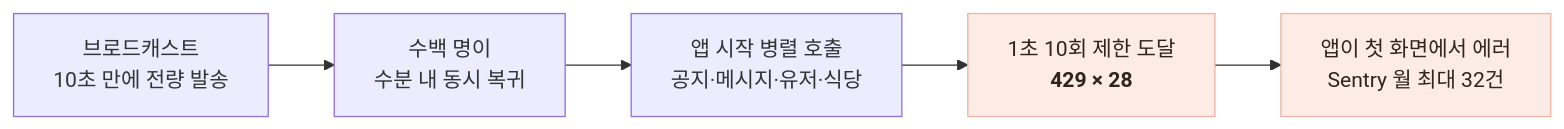
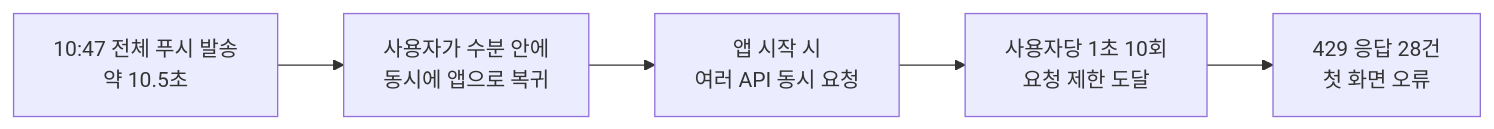
The diagram in public/mds/katsu-map/ts-1-push429.md (Jinacker/PortFolio), drawn with Mermaid before and after one commit. The commit also changed other lines of this file and 8 other files, not shown here.

````diff
--- a/public/mds/katsu-map/ts-1-push429.md
+++ b/public/mds/katsu-map/ts-1-push429.md
@@ -22,10 +20,7 @@
 ```mermaid
 flowchart LR
-    P["브로드캐스트<br/>10초 만에 전량 발송"] --> U["수백 명이<br/>수분 내 동시 복귀"]
-    U --> B["앱 시작 병렬 호출<br/>공지·메시지·유저·식당"]
-    B --> T["1초 10회 제한 도달<br/><b>429 × 28</b>"]
-    T --> S["앱이 첫 화면에서 에러<br/>Sentry 월 최대 32건"]
-
-    style T fill:#FDEBE6,stroke:#EFB4A3,color:#2E251C
-    style S fill:#FDEBE6,stroke:#EFB4A3,color:#2E251C
+    P["10:47 전체 푸시 발송<br/>약 10.5초"] --> U["사용자가 수분 안에<br/>동시에 앱으로 복귀"]
+    U --> A["앱 시작 시<br/>여러 API 동시 요청"]
+    A --> L["사용자당 1초 10회<br/>요청 제한 도달"]
+    L --> E["429 응답 28건<br/>첫 화면 오류"]
 ```
````
